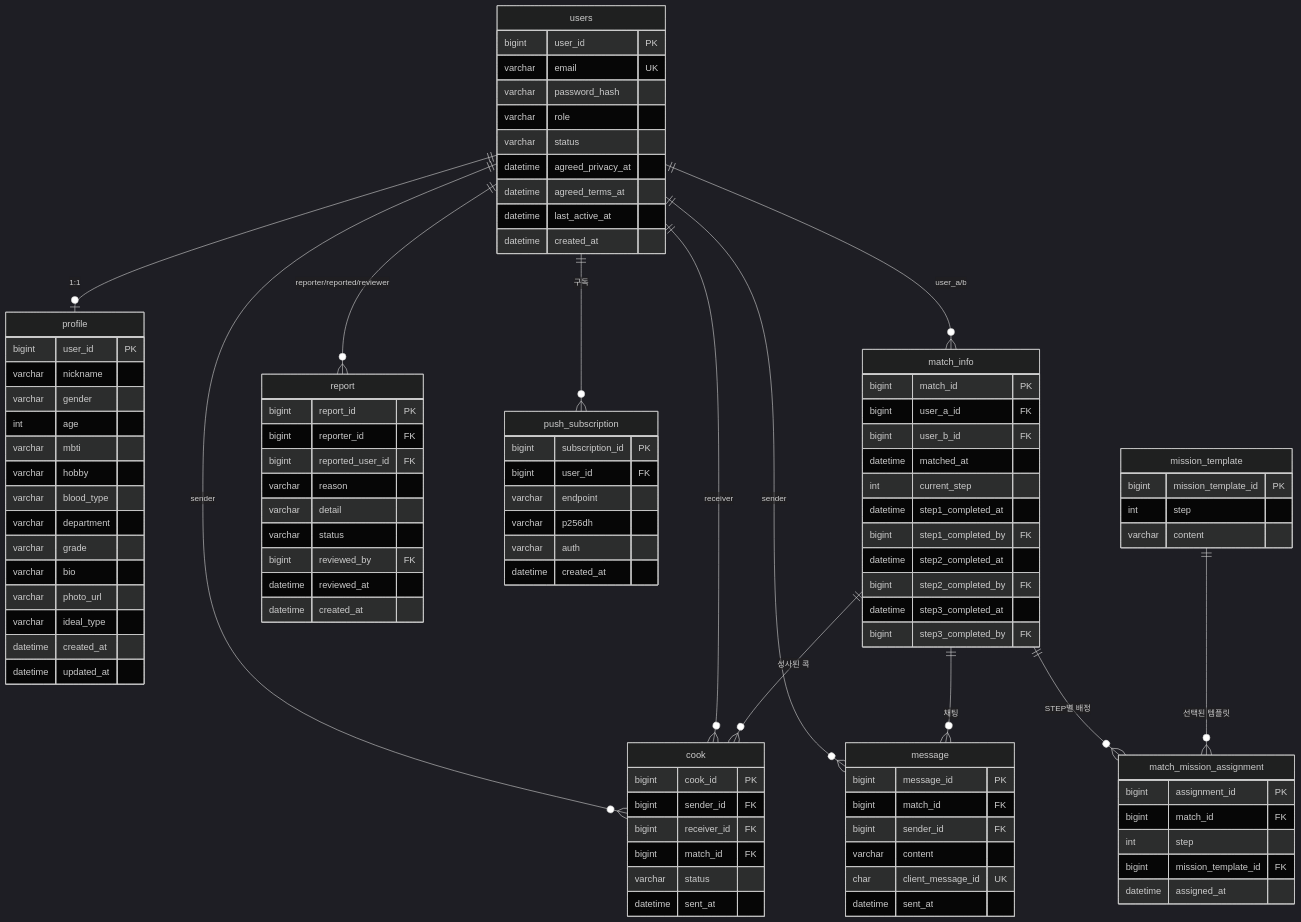
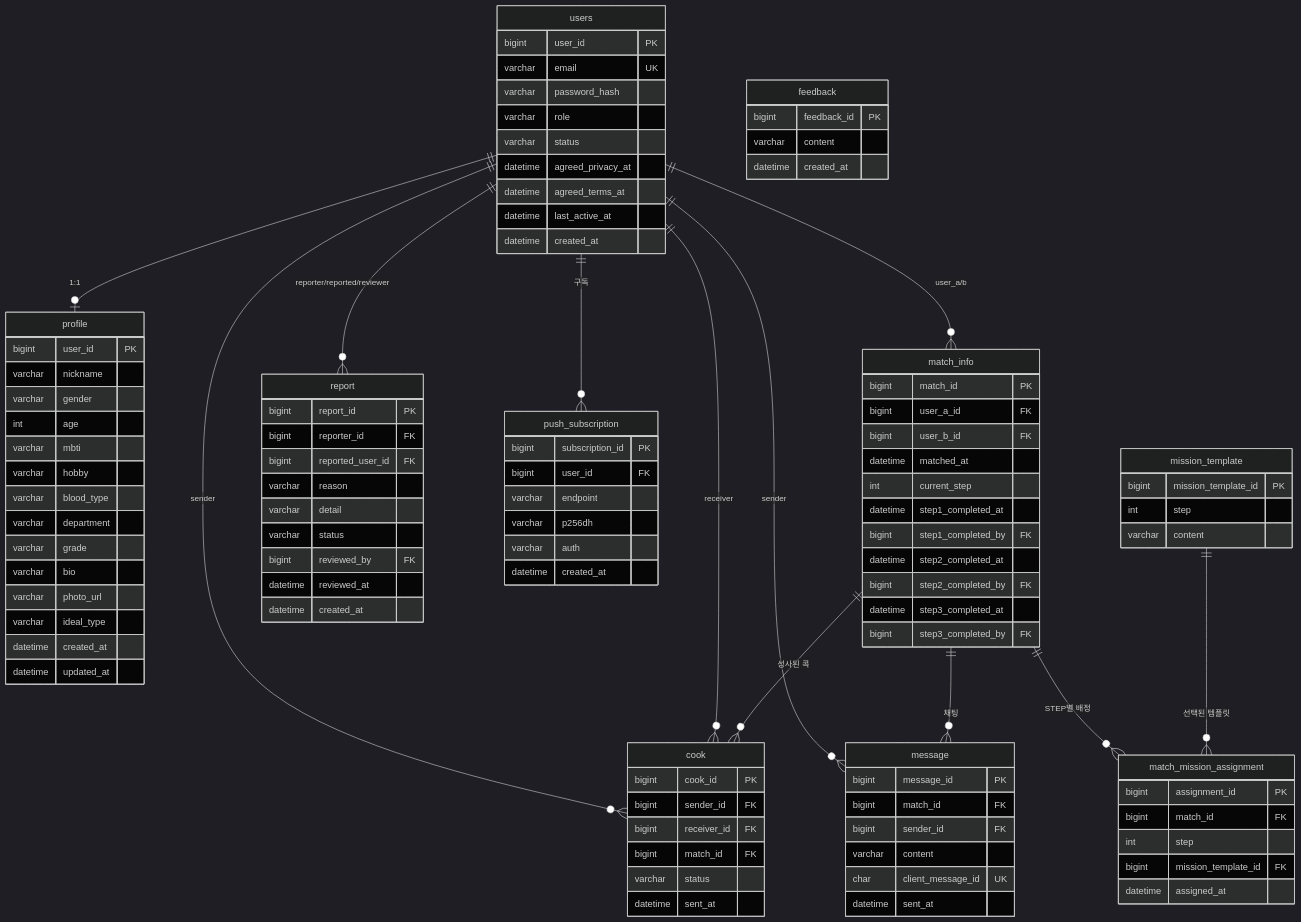
Before and after one commit to kohyunseok518/facecook-be: the diagram in docs/ERD.md, drawn with Mermaid (dark theme). The commit also changed other lines of this file and 7 other files, not shown here.

````diff
--- a/docs/ERD.md
+++ b/docs/ERD.md
@@ -121,4 +121,9 @@
         varchar auth
         datetime created_at
     }
+    feedback {
+        bigint feedback_id PK
+        varchar content
+        datetime created_at
+    }
 ```
````
